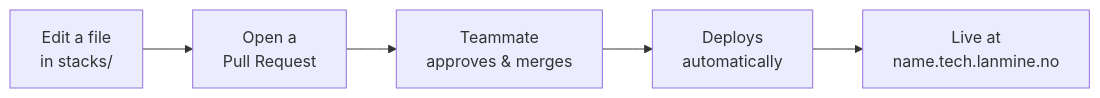
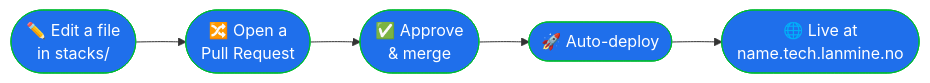
One commit to LANmine/lanmine_infra changed the diagram in README.md. Above: the diagram before and after it, drawn with Mermaid.

Commit message:
Prettier README diagram: styled colored mermaid nodes

````diff
--- a/README.md
+++ b/README.md
@@ -7,7 +7,9 @@
 ```mermaid
 flowchart LR
-  A[Edit a file<br/>in stacks/] --> B[Open a<br/>Pull Request]
-  B --> C[Teammate<br/>approves & merges]
-  C --> D[Deploys<br/>automatically]
-  D --> E[Live at<br/>name.tech.lanmine.no]
+  A(["✏️ Edit a file<br/>in stacks/"]) --> B(["🔀 Open a<br/>Pull Request"])
+  B --> C(["✅ Approve<br/>& merge"])
+  C --> D(["🚀 Auto-deploy"])
+  D --> E(["🌐 Live at<br/>name.tech.lanmine.no"])
+  classDef s fill:#1f6feb,stroke:#0b3,color:#fff
+  class A,B,C,D,E s
 ```
````
